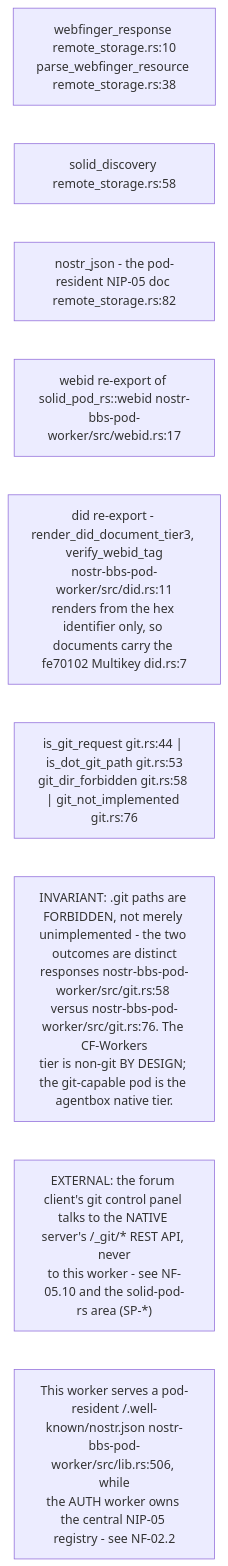
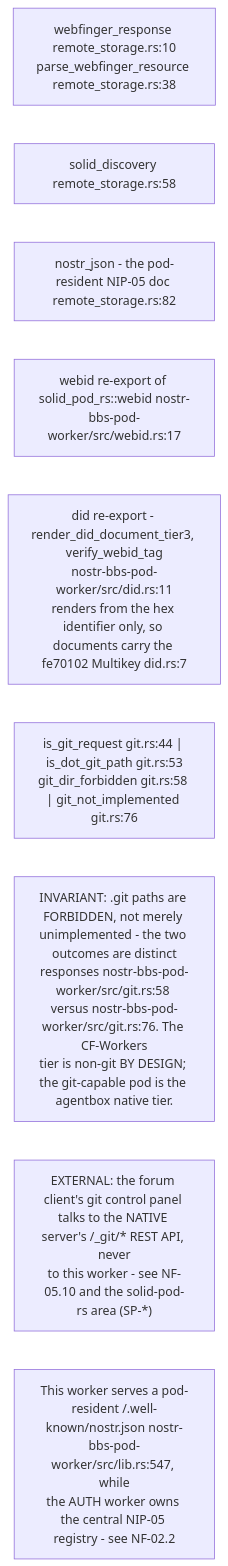
Before and after one commit to DreamLab-AI/VisionFlow: the seventh of 10 diagrams in docs/diagrams/nostr-rust-forum/04-pod-worker-ldp-wac-and-delegation.md, drawn with Mermaid. The commit also changed other lines of this file and 160 other files, not shown here.

````diff
--- a/docs/diagrams/nostr-rust-forum/04-pod-worker-ldp-wac-and-delegation.md
+++ b/docs/diagrams/nostr-rust-forum/04-pod-worker-ldp-wac-and-delegation.md
@@ -219,13 +223,13 @@
 ```mermaid
 flowchart LR
     WFR["webfinger_response remote_storage.rs:10<br/>parse_webfinger_resource remote_storage.rs:38"]
     SOLD["solid_discovery remote_storage.rs:58"]
     NJ["nostr_json - the pod-resident NIP-05 doc remote_storage.rs:82"]
     WID["webid re-export of solid_pod_rs::webid nostr-bbs-pod-worker/src/webid.rs:17"]
     DIDM["did re-export - render_did_document_tier3, verify_webid_tag<br/>nostr-bbs-pod-worker/src/did.rs:11<br/>renders from the hex identifier only, so documents carry the fe70102 Multikey did.rs:7"]
     GITG["is_git_request git.rs:44 | is_dot_git_path git.rs:53<br/>git_dir_forbidden git.rs:58 | git_not_implemented git.rs:76"]
 
     N1["INVARIANT: .git paths are FORBIDDEN, not merely unimplemented - the two outcomes are distinct<br/>responses nostr-bbs-pod-worker/src/git.rs:58 versus nostr-bbs-pod-worker/src/git.rs:76. The CF-Workers<br/>tier is non-git BY DESIGN; the git-capable pod is the agentbox native tier."]
     N2["EXTERNAL: the forum client's git control panel talks to the NATIVE server's /_git/* REST API, never<br/>to this worker - see NF-05.10 and the solid-pod-rs area (SP-*)"]
-    N3["This worker serves a pod-resident /.well-known/nostr.json nostr-bbs-pod-worker/src/lib.rs:506, while<br/>the AUTH worker owns the central NIP-05 registry - see NF-02.2"]
+    N3["This worker serves a pod-resident /.well-known/nostr.json nostr-bbs-pod-worker/src/lib.rs:547, while<br/>the AUTH worker owns the central NIP-05 registry - see NF-02.2"]
 ```
````
